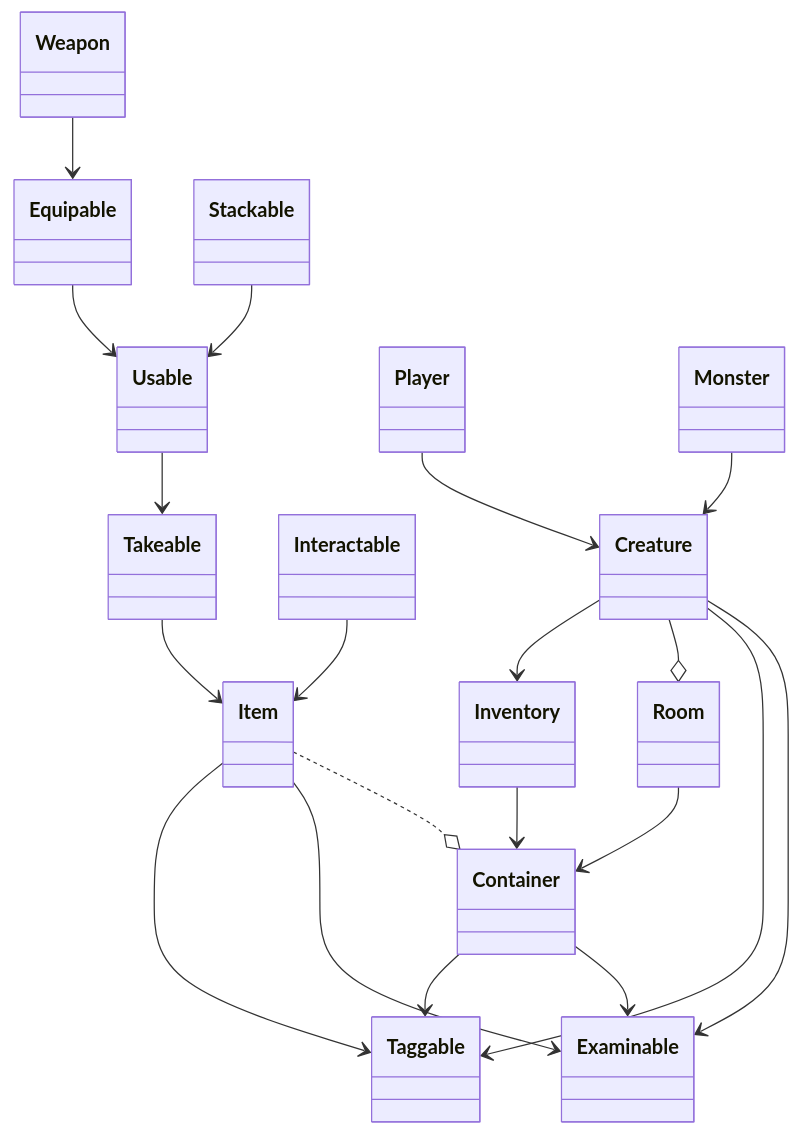
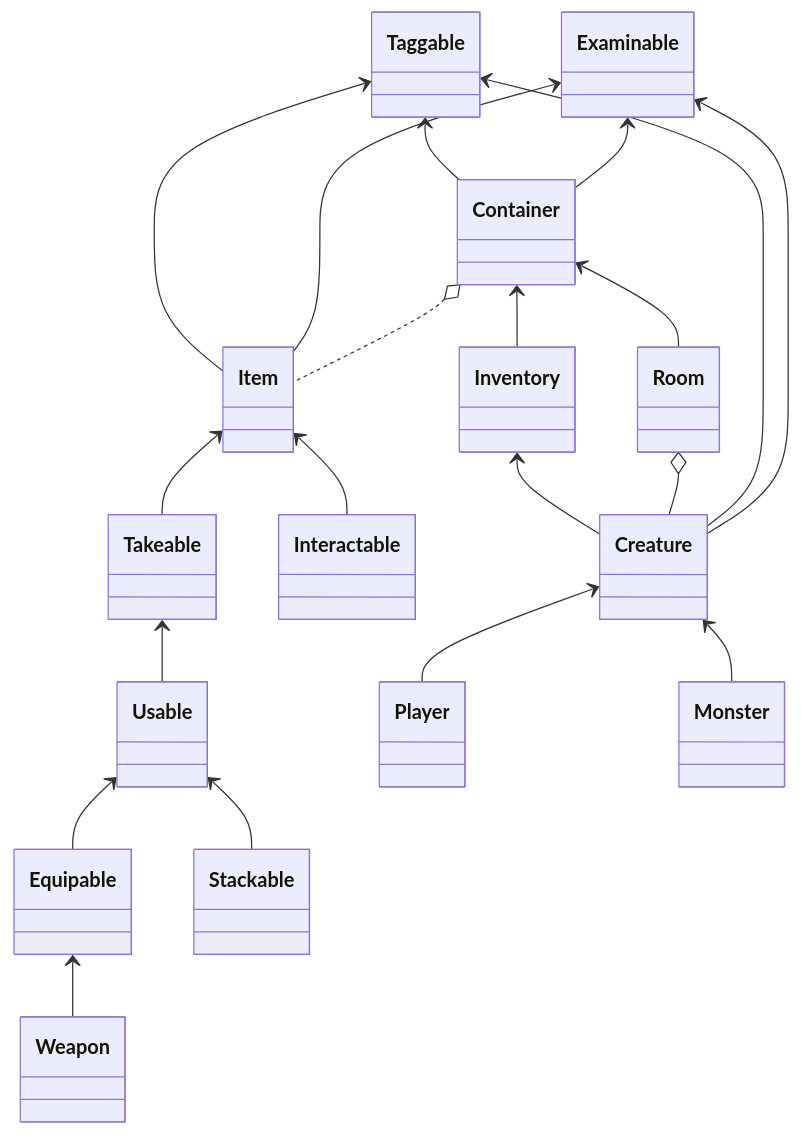
Before and after one commit to GeenDutchman/LHF-MUD: the first of 2 diagrams in README.md, drawn with Mermaid. The commit also changed other lines of this file, not shown here.

Commit message:
Root at the top of the tree

````diff
--- a/README.md
+++ b/README.md
@@ -20,59 +20,59 @@
 ```mermaid
 classDiagram
   class Examinable
   class Taggable
   class Container
   class Item
   class Takeable
   class Usable
   class Equipable
   class Stackable
   class Interactable
   class Weapon
 
-  Item ..o Container
-  Item --> Examinable
-  Item --> Taggable
+  Container o.. Item
+  Examinable <-- Item
+  Taggable <-- Item
 
-  Takeable --> Item
-%%   Usable --> Item
-%%   Equipable --> Item
-%%   Stackable --> Item
-  Interactable --> Item
-%%   Weapon --> Item
+  Item <-- Takeable
+%%   Item <-- Usable
+%%   Item <-- Equipable
+%%   Item <-- Stackable
+  Item <-- Interactable
+%%   Item <-- Weapon
 
-  Usable --> Takeable
+  Takeable <-- Usable
 
-%%   Equipable --> Takeable
-  Equipable --> Usable
+%%   Takeable <-- Equipable
+  Usable <-- Equipable
 
-%%   Stackable --> Takeable
-  Stackable --> Usable
+%%   Takeable <-- Stackable
+  Usable <-- Stackable
 
-%%   Weapon --> Takeable
-%%   Weapon --> Usable
-  Weapon --> Equipable
+%%   Takeable <-- Weapon
+%%   Usable <-- Weapon
+  Equipable <-- Weapon
 
   class Room
-  Room --> Container
-%%   Interactable --o Room
+  Container <-- Room
+%%   Room o-- Interactable
 
-Container --> Examinable
-Container --> Taggable
+Examinable <-- Container
+Taggable <-- Container
 
 class Creature
 class Player
 class Monster
 
-Creature --> Examinable
-Creature --> Taggable
-Creature --o Room
+Examinable <-- Creature
+Taggable <-- Creature
+Room o-- Creature
 
-Player --> Creature
-Monster --> Creature
+Creature <-- Player
+Creature <-- Monster
 
-Inventory --> Container
-Creature --> Inventory
+Container <-- Inventory
+Inventory <-- Creature
 
 
 ```
````
